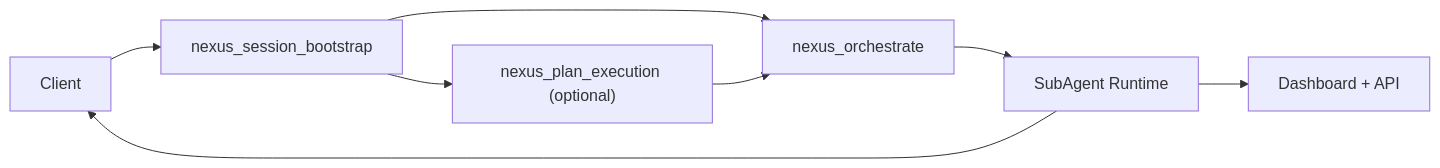
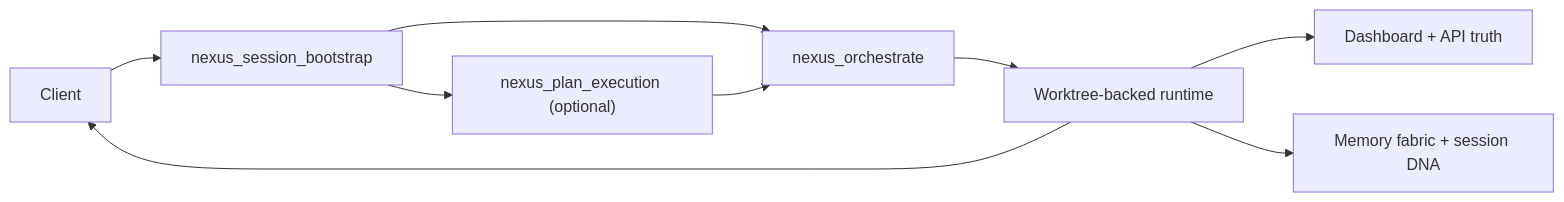
One commit to sir-ad/nexus-prime changed the first of 3 diagrams in README.md. Above: the diagram before and after it, drawn with Mermaid. The commit also changed other lines of this file and 18 other files, not shown here.

````diff
--- a/README.md
+++ b/README.md
@@ -108,10 +136,11 @@
 ```mermaid
 flowchart LR
     Client["Client"] --> Bootstrap["nexus_session_bootstrap"]
     Bootstrap --> Plan["nexus_plan_execution (optional)"]
     Bootstrap --> Orchestrate["nexus_orchestrate"]
     Plan --> Orchestrate
-    Orchestrate --> Runtime["SubAgent Runtime"]
-    Runtime --> Dashboard["Dashboard + API"]
+    Orchestrate --> Runtime["Worktree-backed runtime"]
+    Runtime --> Dashboard["Dashboard + API truth"]
+    Runtime --> Memory["Memory fabric + session DNA"]
     Runtime --> Client
 ```
````
